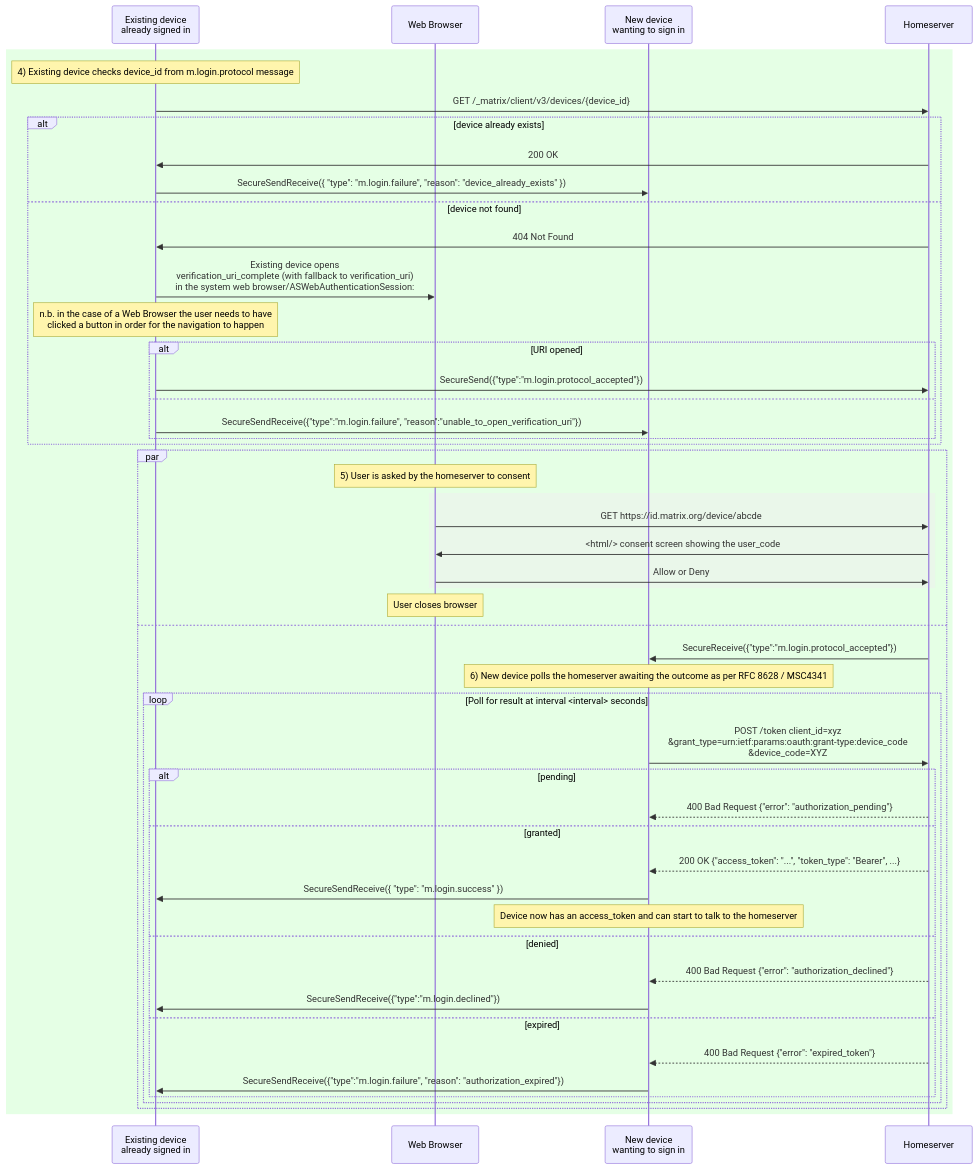
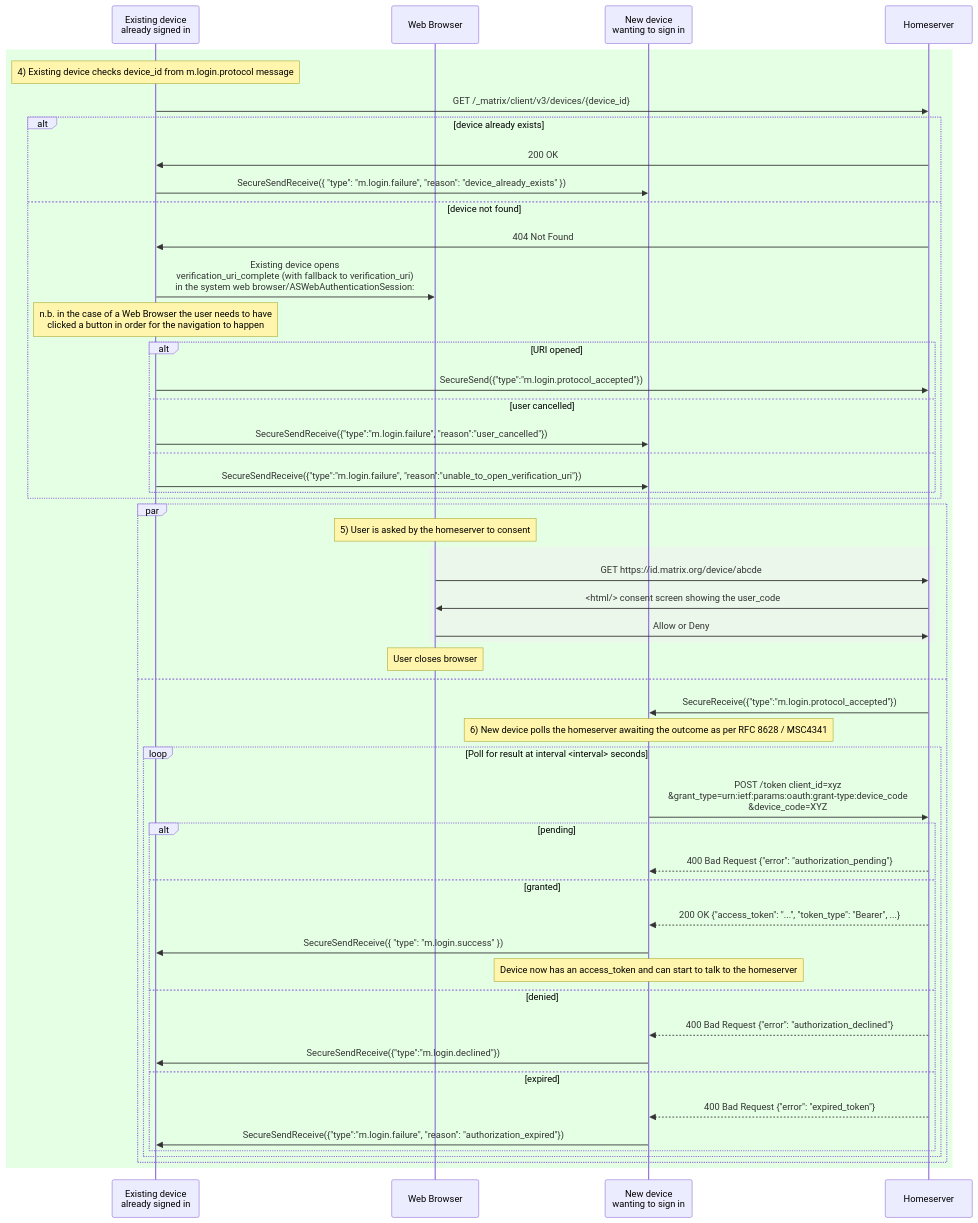
Before and after one commit to matrix-org/matrix-spec-proposals: the fourth of 5 diagrams in proposals/4108-oidc-qr-login.md, drawn with Mermaid. The commit also changed other lines of this file, not shown here.

Commit message:
Add an example of where user_cancelled can be used

````diff
--- a/proposals/4108-oidc-qr-login.md
+++ b/proposals/4108-oidc-qr-login.md
@@ -442,53 +453,55 @@
 ```mermaid
 sequenceDiagram
     participant E as Existing device <br>already signed in
     participant UA as Web Browser
     participant N as New device <br>wanting to sign in
     participant HS as Homeserver
 
     rect rgba(0,255,0, 0.1)
         note over E: 4) Existing device checks device_id from m.login.protocol message
         E->>HS: GET /_matrix/client/v3/devices/{device_id}
         alt device already exists
             HS->>E: 200 OK
             E->>N: SecureSendReceive({ "type": "m.login.failure", "reason": "device_already_exists" })
         else device not found
             HS->>E: 404 Not Found
             E->>UA: Existing device opens <br>verification_uri_complete (with fallback to verification_uri)<br> in the system web browser/ASWebAuthenticationSession:
             Note over E: n.b. in the case of a Web Browser the user needs to have<br> clicked a button in order for the navigation to happen
             alt URI opened
                 E->>HS: SecureSend({"type":"m.login.protocol_accepted"})
+            else user cancelled
+                E->>N: SecureSendReceive({"type":"m.login.failure", "reason":"user_cancelled"})
             else
                 E->>N: SecureSendReceive({"type":"m.login.failure", "reason":"unable_to_open_verification_uri"})
             end
         end
         par
             Note over UA: 5) User is asked by the homeserver to consent
             rect rgba(240,240,240,0.5)
                 UA->>HS: GET https://id.matrix.org/device/abcde
                 HS->>UA: <html/> consent screen showing the user_code
                 UA->>HS: Allow or Deny
             end
             Note over UA: User closes browser
         and
             HS->>N: SecureReceive({"type":"m.login.protocol_accepted"})
         note over N: 6) New device polls the homeserver awaiting the outcome as per RFC 8628 / MSC4341
             loop Poll for result at interval <interval> seconds
                 N->>HS: POST /token client_id=xyz<br>&grant_type=urn:ietf:params:oauth:grant-type:device_code<br>&device_code=XYZ
                 alt pending
                     HS-->>N: 400 Bad Request {"error": "authorization_pending"}
                 else granted
                     HS-->>N: 200 OK {"access_token": "...", "token_type": "Bearer", ...}
                     N->>E: SecureSendReceive({ "type": "m.login.success" })
                     Note over N: Device now has an access_token and can start to talk to the homeserver
                 else denied
                     HS-->>N: 400 Bad Request {"error": "authorization_declined"}
                     N->>E: SecureSendReceive({"type":"m.login.declined"})
                 else expired
                     HS-->>N: 400 Bad Request {"error": "expired_token"}
                     N->>E: SecureSendReceive({"type":"m.login.failure", "reason": "authorization_expired"})
                 end
             end
         end
     end
 ```
````
